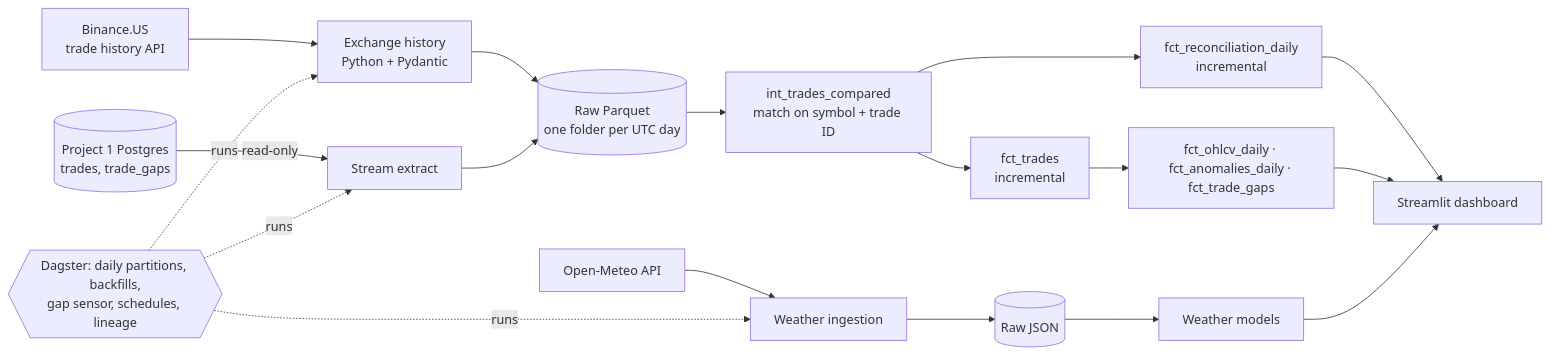
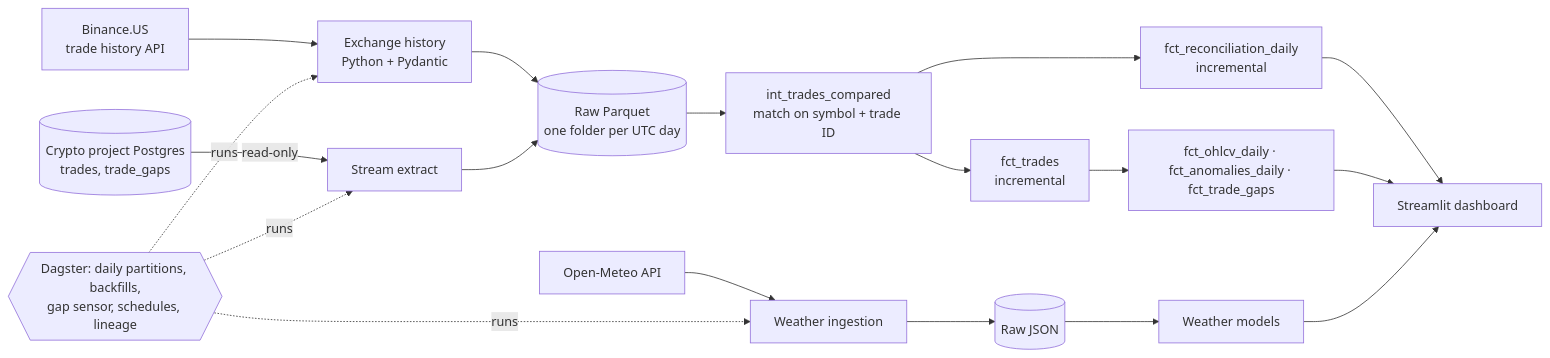
The diagram in README.md (tanmayee043/lakehouse-pipeline), drawn with Mermaid before and after one commit. The commit also changed other lines of this file and 33 other files, not shown here.

Commit message:
Refer to the source platform as the Crypto project in code, docs and dashboard

````diff
--- a/README.md
+++ b/README.md
@@ -26,18 +26,18 @@
 ```mermaid
 flowchart LR
     BX[Binance.US<br/>trade history API] --> XH[Exchange history<br/>Python + Pydantic]
-    P1[(Project 1 Postgres<br/>trades, trade_gaps)] -- read-only --> SX[Stream extract]
+    P1[(Crypto project Postgres<br/>trades, trade_gaps)] -- read-only --> SX[Stream extract]
     XH --> RC[(Raw Parquet<br/>one folder per UTC day)]
     SX --> RC
     RC --> CMP[int_trades_compared<br/>match on symbol + trade ID]
     CMP --> FT[fct_trades<br/>incremental]
     CMP --> REC[fct_reconciliation_daily<br/>incremental]
     FT --> GOLD[fct_ohlcv_daily · fct_anomalies_daily · fct_trade_gaps]
     OM[Open-Meteo API] --> WI[Weather ingestion] --> RJ[(Raw JSON)] --> WM[Weather models]
     REC --> DASH[Streamlit dashboard]
     GOLD --> DASH
     WM --> DASH
     DAG{{Dagster: daily partitions, backfills,<br/>gap sensor, schedules, lineage}} -.runs.-> XH
     DAG -.runs.-> SX
     DAG -.runs.-> WI
 ```
````
